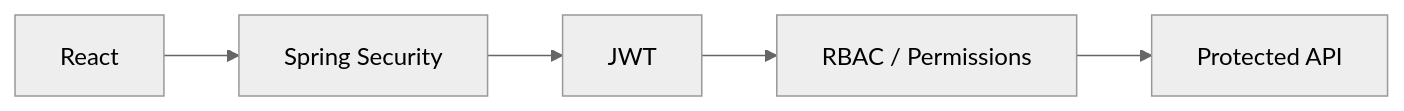
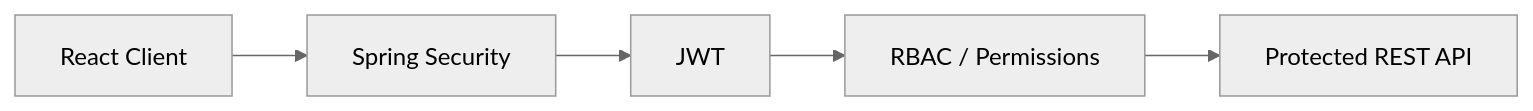
The third of 3 diagrams in README.md (AtharvaVavhal/spidosoft-erp), drawn with Mermaid (neutral theme) before and after one commit. The commit also changed other lines of this file, not shown here.

````diff
--- a/README.md
+++ b/README.md
@@ -102,7 +96,7 @@
 ```mermaid
 flowchart LR
-    A[React] --> B[Spring Security]
-    B --> C[JWT]
-    C --> D[RBAC / Permissions]
-    D --> E[Protected API]
+    CLIENT["React Client"] --> SECURITY["Spring Security"]
+    SECURITY --> JWT["JWT"]
+    JWT --> RBAC["RBAC / Permissions"]
+    RBAC --> API["Protected REST API"]
 ```
````
